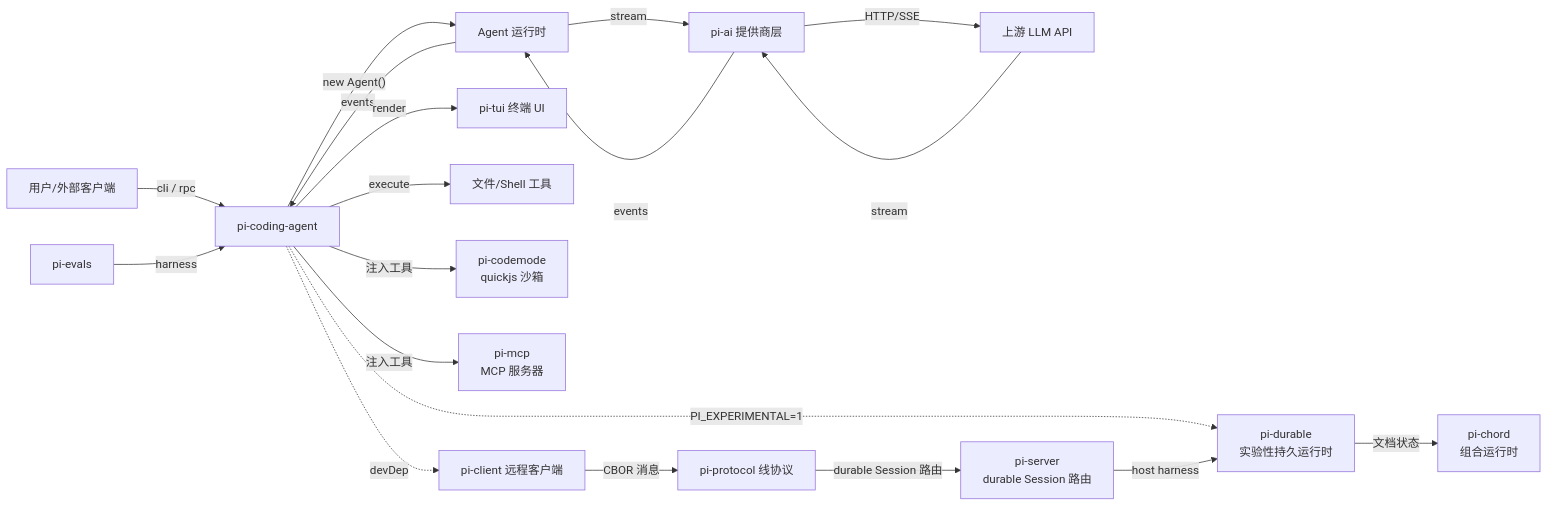
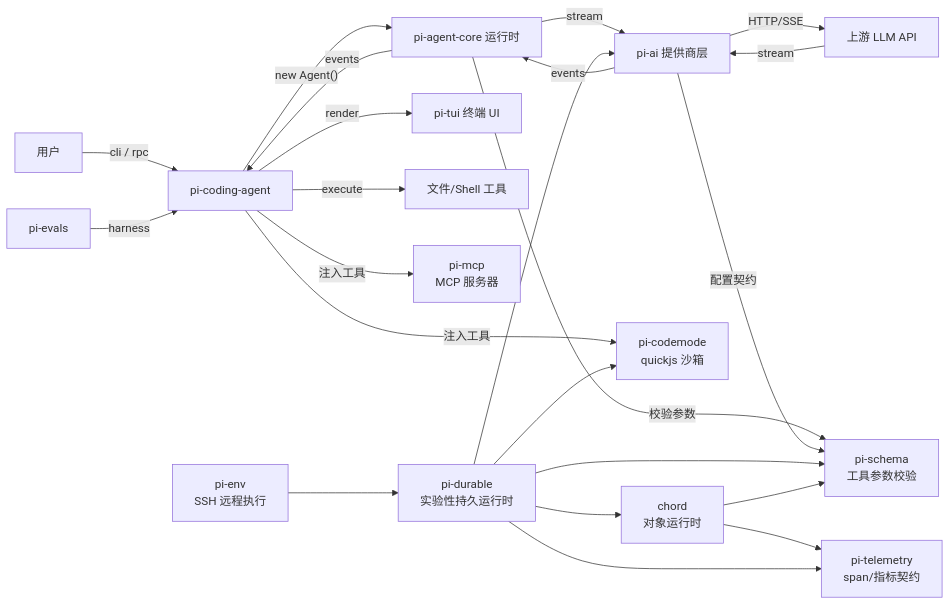
The first of 6 diagrams in docs/architecture.md (jefby/pi), drawn with Mermaid before and after one commit. The commit also changed other lines of this file and 1 other file, not shown here.

First line of the commit message:
docs: align architecture and QNX analysis with upstream v1.5.0 (e88525506)

````diff
--- a/docs/architecture.md
+++ b/docs/architecture.md
@@ -52,36 +52,40 @@
 ```mermaid
 flowchart LR
-    User[用户/外部客户端]
+    User[用户]
     CodingAgent[pi-coding-agent]
-    Agent[Agent 运行时]
+    Agent[pi-agent-core 运行时]
     AI[pi-ai 提供商层]
     LLM[上游 LLM API]
     TUI[pi-tui 终端 UI]
     Tools[文件/Shell 工具]
+    Schema[pi-schema<br/>工具参数校验]
     Codemode[pi-codemode<br/>quickjs 沙箱]
     MCP[pi-mcp<br/>MCP 服务器]
     Durable[pi-durable<br/>实验性持久运行时]
-    Chord[pi-chord<br/>组合运行时]
+    Env[pi-env<br/>SSH 远程执行]
+    Chord[chord<br/>对象运行时]
+    Telemetry[pi-telemetry<br/>span/指标契约]
     Evals[pi-evals]
-    Client[pi-client 远程客户端]
-    Protocol[pi-protocol 线协议]
-    Server[pi-server<br/>durable Session 路由]
 
     User -->|cli / rpc| CodingAgent
     CodingAgent -->|"new Agent()"| Agent
     Agent -->|stream| AI
     AI -->|HTTP/SSE| LLM
     LLM -->|stream| AI
     AI -->|events| Agent
     Agent -->|events| CodingAgent
     CodingAgent -->|render| TUI
     CodingAgent -->|execute| Tools
     CodingAgent -->|注入工具| Codemode & MCP
-    CodingAgent -.->|PI_EXPERIMENTAL=1| Durable
-    Durable -->|文档状态| Chord
-    Client -->|CBOR 消息| Protocol
-    Protocol -->|durable Session 路由| Server
-    Server -->|host harness| Durable
-    CodingAgent -.->|devDep| Client
+    Agent -->|校验参数| Schema
+    AI -->|配置契约| Schema
+    Durable --> AI
+    Durable --> Chord
+    Durable --> Schema
+    Durable --> Codemode
+    Env --> Durable
+    Chord --> Schema
+    Chord --> Telemetry
+    Durable --> Telemetry
     Evals -->|harness| CodingAgent
 ```
````
